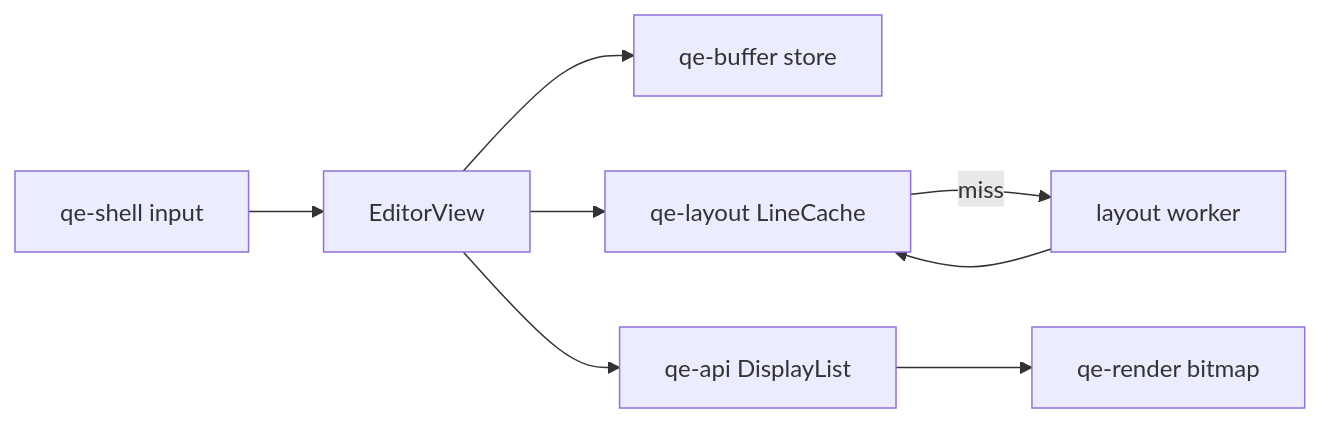
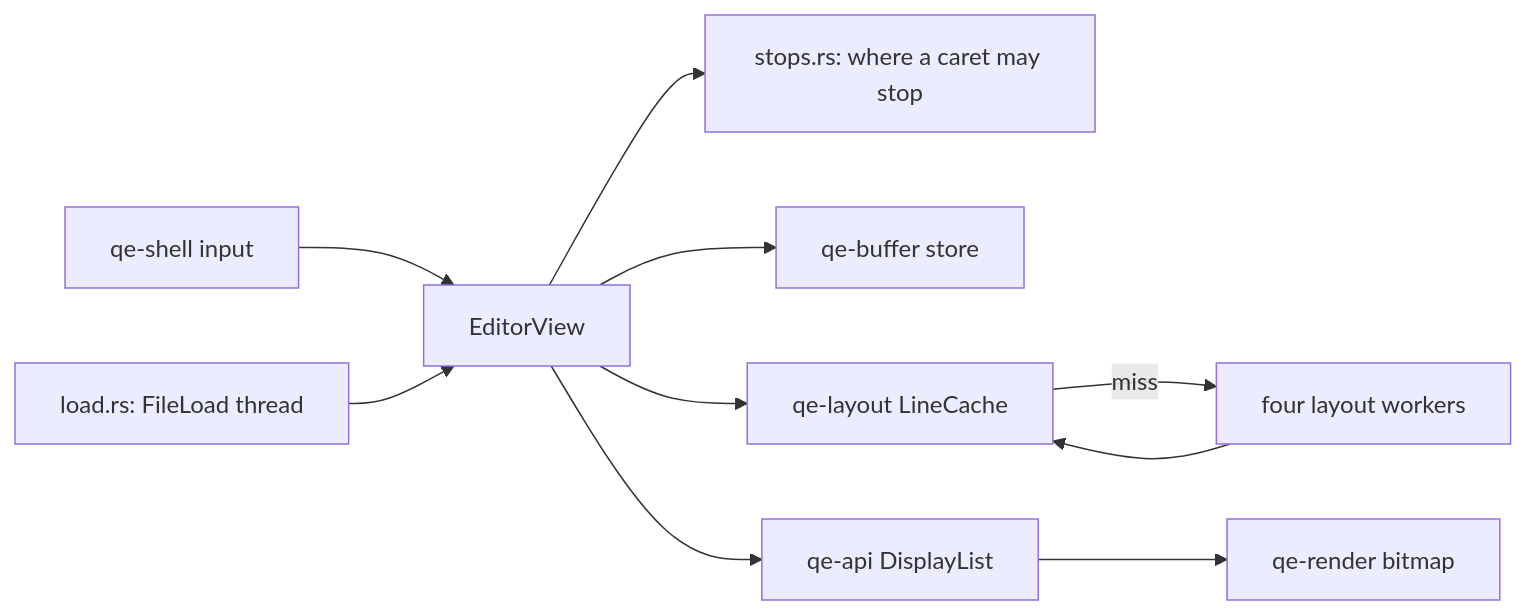
Before and after one commit to wizdes/QuickEdit-Windows: the diagram in crates/qe-editor/README.md, drawn with Mermaid. The commit also changed other lines of this file and 20 other files, not shown here.

````diff
--- a/crates/qe-editor/README.md
+++ b/crates/qe-editor/README.md
@@ -3,10 +5,12 @@
 ```mermaid
 flowchart LR
   Shell[qe-shell input] --> View[EditorView]
+  View --> Stops[stops.rs: where a caret may stop]
   View --> Store[qe-buffer store]
   View --> Cache[qe-layout LineCache]
-  Cache -- miss --> Worker[layout worker]
+  Cache -- miss --> Worker[four layout workers]
   Worker --> Cache
+  Load[load.rs: FileLoad thread] --> View
   View --> List[qe-api DisplayList]
   List --> Renderer[qe-render bitmap]
 ```
````
